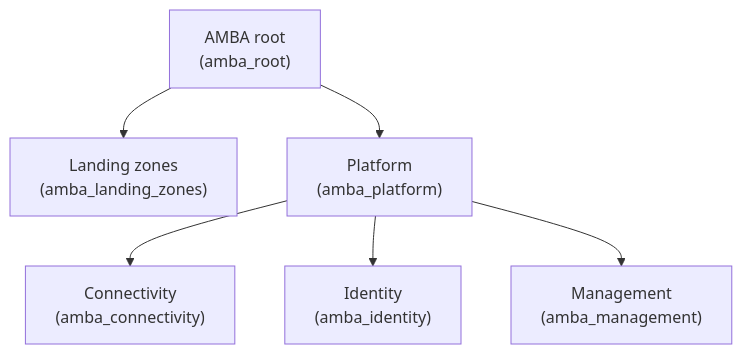
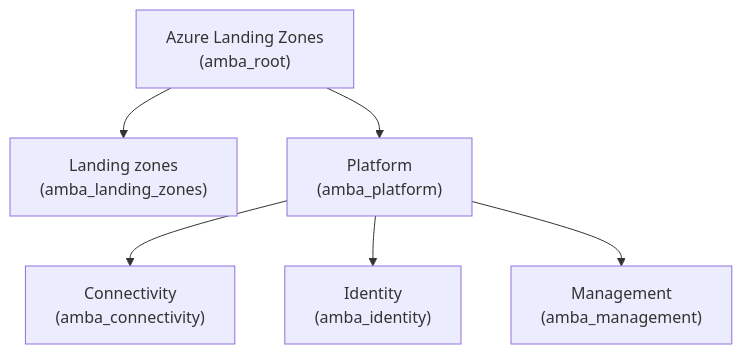
Before and after one commit to Azure/Azure-Landing-Zones-Library: the diagram in platform/amba/README.md, drawn with Mermaid. The commit also changed 1 other file, not shown here.

Commit message:
fix(platform/amba): update display names and ids for AMBA architecture (#136)
Aligning id's and display names with ALZ.

````diff
--- a/platform/amba/README.md
+++ b/platform/amba/README.md
@@ -27,21 +27,21 @@
 ```mermaid
 flowchart TD
-  ambaroot["AMBA root
+  alz["Azure Landing Zones
 (amba_root)"]
-  ambaroot --> amba-landingzones
-  amba-landingzones["Landing zones
+  alz --> landingzones
+  landingzones["Landing zones
 (amba_landing_zones)"]
-  ambaroot --> amba-platform
-  amba-platform["Platform
+  alz --> platform
+  platform["Platform
 (amba_platform)"]
-  amba-platform --> amba-connectivity
-  amba-connectivity["Connectivity
+  platform --> connectivity
+  connectivity["Connectivity
 (amba_connectivity)"]
-  amba-platform --> amba-identity
-  amba-identity["Identity
+  platform --> identity
+  identity["Identity
 (amba_identity)"]
-  amba-platform --> amba-management
-  amba-management["Management
+  platform --> management
+  management["Management
 (amba_management)"]
 
 ```
````
